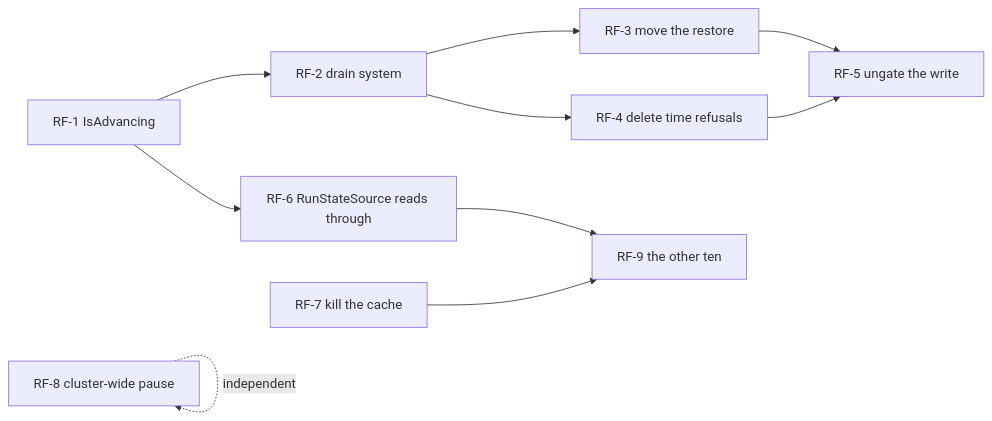
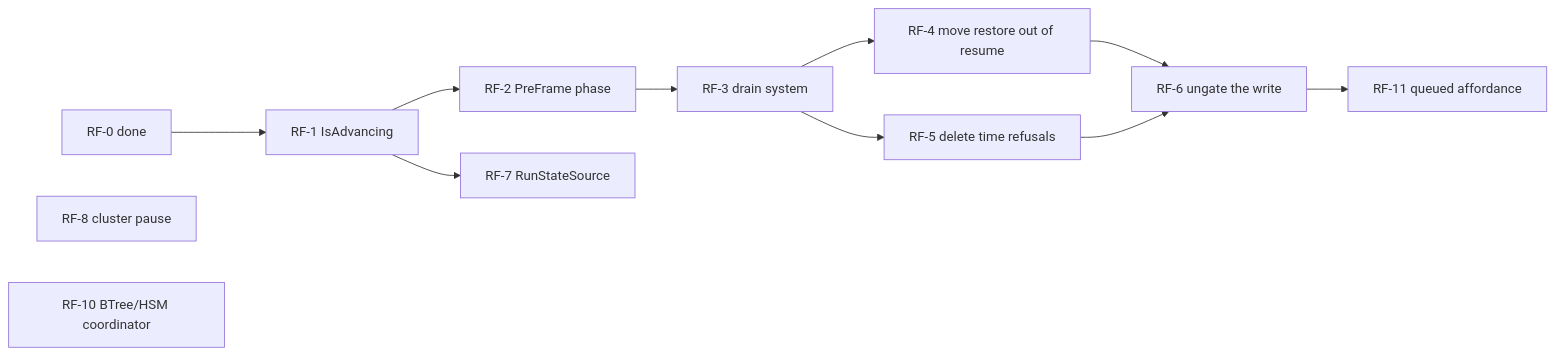
The fourth of 4 diagrams in docs/blueprints/DESIGN_Time_And_Write_Architecture.md (pjanec/HROT), drawn with Mermaid before and after one commit. The commit also changed other lines of this file and 3 other files, not shown here.

````diff
--- a/docs/blueprints/DESIGN_Time_And_Write_Architecture.md
+++ b/docs/blueprints/DESIGN_Time_And_Write_Architecture.md
@@ -245,12 +220,14 @@
 ```mermaid
 graph LR
-    RF1["RF-1 IsAdvancing"] --> RF2["RF-2 drain system"]
-    RF2 --> RF3["RF-3 move the restore"]
-    RF3 --> RF5["RF-5 ungate the write"]
-    RF4["RF-4 delete time refusals"] --> RF5
-    RF2 --> RF4
-    RF1 --> RF6["RF-6 RunStateSource reads through"]
-    RF8["RF-8 cluster-wide pause"] -.->|independent| RF8
-    RF6 --> RF9["RF-9 the other ten"]
-    RF7["RF-7 kill the cache"] --> RF9
+    RF0["RF-0 done"] --> RF1["RF-1 IsAdvancing"]
+    RF1 --> RF2["RF-2 PreFrame phase"]
+    RF2 --> RF3["RF-3 drain system"]
+    RF3 --> RF4["RF-4 move restore out of resume"]
+    RF4 --> RF6["RF-6 ungate the write"]
+    RF5["RF-5 delete time refusals"] --> RF6
+    RF3 --> RF5
+    RF1 --> RF7["RF-7 RunStateSource"]
+    RF6 --> RF11["RF-11 queued affordance"]
+    RF8["RF-8 cluster pause"]
+    RF10["RF-10 BTree/HSM coordinator"]
 ```
````
